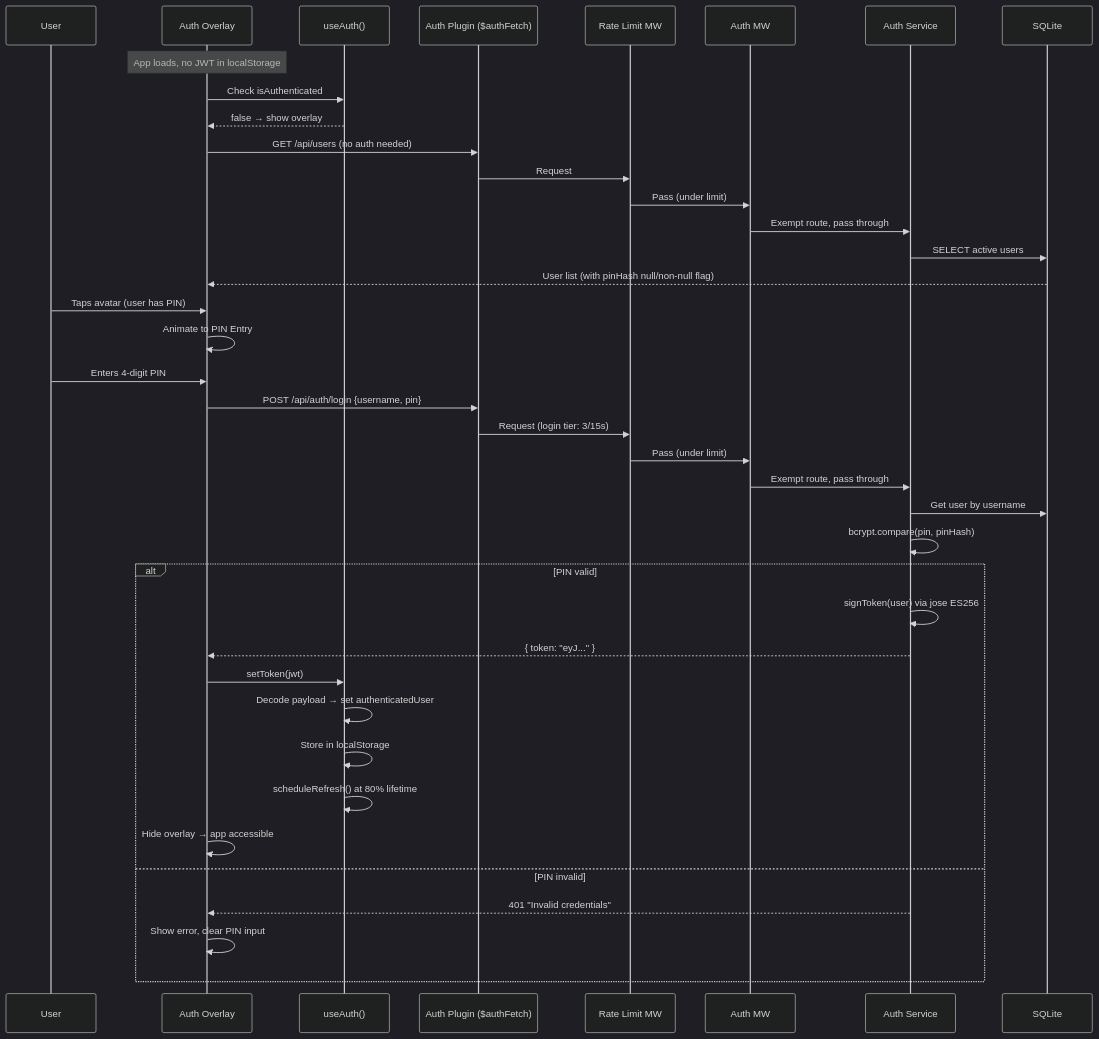
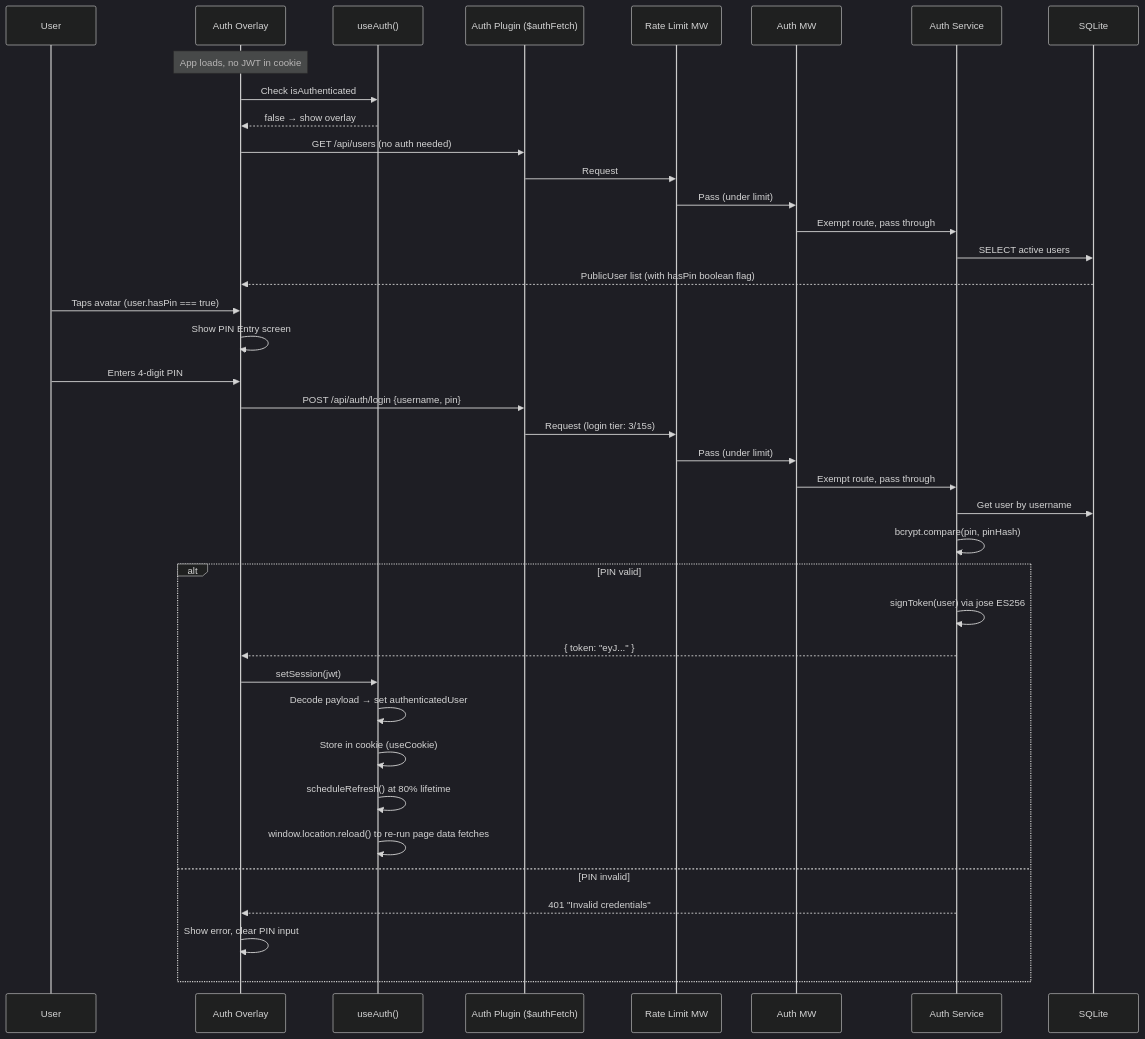
The third of 7 diagrams in .kiro/specs/pin-auth-jwt/design.md (XanderLuciano/shop-planr), drawn with Mermaid (dark theme) before and after one commit. The commit also changed other lines of this file and 6 other files, not shown here.

````diff
--- a/.kiro/specs/pin-auth-jwt/design.md
+++ b/.kiro/specs/pin-auth-jwt/design.md
@@ -538,45 +602,45 @@
 ```mermaid
 sequenceDiagram
     participant U as User
     participant AO as Auth Overlay
     participant AC as useAuth()
     participant AP as Auth Plugin ($authFetch)
     participant RL as Rate Limit MW
     participant AM as Auth MW
     participant AS as Auth Service
     participant DB as SQLite
 
-    Note over AO: App loads, no JWT in localStorage
+    Note over AO: App loads, no JWT in cookie
     AO->>AC: Check isAuthenticated
     AC-->>AO: false → show overlay
 
     AO->>AP: GET /api/users (no auth needed)
     AP->>RL: Request
     RL->>AM: Pass (under limit)
     AM->>AS: Exempt route, pass through
     AS->>DB: SELECT active users
-    DB-->>AO: User list (with pinHash null/non-null flag)
+    DB-->>AO: PublicUser list (with hasPin boolean flag)
 
-    U->>AO: Taps avatar (user has PIN)
-    AO->>AO: Animate to PIN Entry
+    U->>AO: Taps avatar (user.hasPin === true)
+    AO->>AO: Show PIN Entry screen
 
     U->>AO: Enters 4-digit PIN
     AO->>AP: POST /api/auth/login {username, pin}
     AP->>RL: Request (login tier: 3/15s)
     RL->>AM: Pass (under limit)
     AM->>AS: Exempt route, pass through
     AS->>DB: Get user by username
     AS->>AS: bcrypt.compare(pin, pinHash)
     alt PIN valid
         AS->>AS: signToken(user) via jose ES256
         AS-->>AO: { token: "eyJ..." }
-        AO->>AC: setToken(jwt)
+        AO->>AC: setSession(jwt)
         AC->>AC: Decode payload → set authenticatedUser
-        AC->>AC: Store in localStorage
+        AC->>AC: Store in cookie (useCookie)
         AC->>AC: scheduleRefresh() at 80% lifetime
-        AO->>AO: Hide overlay → app accessible
+        AC->>AC: window.location.reload() to re-run page data fetches
     else PIN invalid
         AS-->>AO: 401 "Invalid credentials"
         AO->>AO: Show error, clear PIN input
     end
 ```
````
